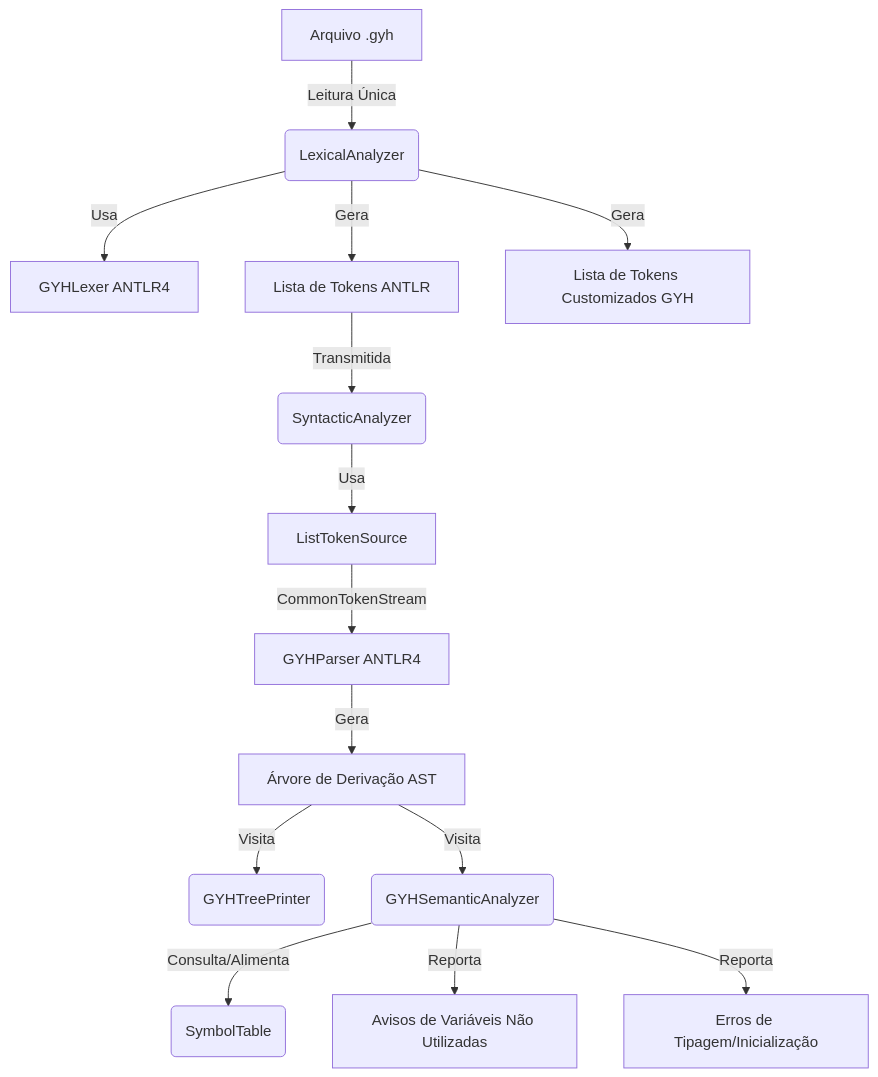
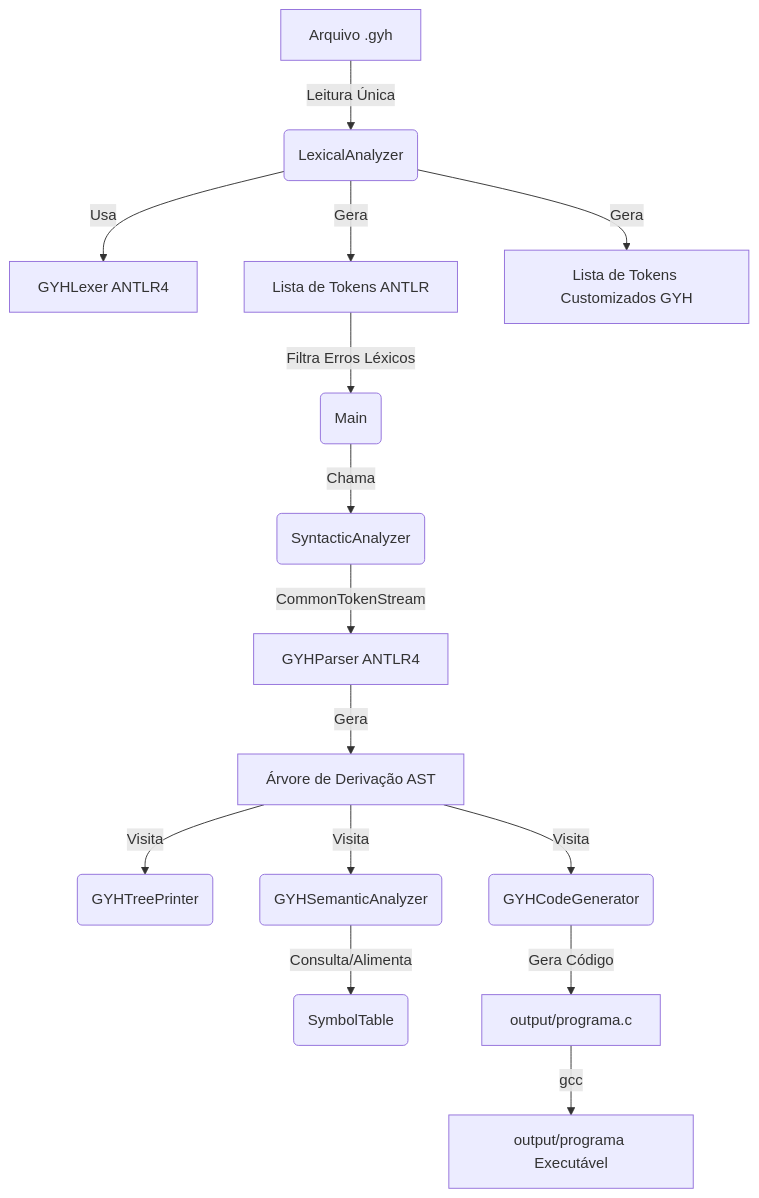
The first of 2 diagrams in README.md (GuiRBeira/compilador-gyh), drawn with Mermaid before and after one commit. The commit also changed other lines of this file and 2 other files, not shown here.

Commit message:
feat: implement C code generator and add CLI installation script

````diff
--- a/README.md
+++ b/README.md
@@ -31,16 +30,17 @@
 ```mermaid
 graph TD
     A[Arquivo .gyh] -->|Leitura Única| B(LexicalAnalyzer)
     B -->|Usa| C[GYHLexer ANTLR4]
     B -->|Gera| D[Lista de Tokens ANTLR]
     B -->|Gera| E[Lista de Tokens Customizados GYH]
-    D -->|Transmitida| F(SyntacticAnalyzer)
-    F -->|Usa| G[ListTokenSource]
+    D -->|Filtra Erros Léxicos| F(Main)
+    F -->|Chama| G(SyntacticAnalyzer)
     G -->|CommonTokenStream| H[GYHParser ANTLR4]
     H -->|Gera| I[Árvore de Derivação AST]
     I -->|Visita| J(GYHTreePrinter)
     I -->|Visita| K(GYHSemanticAnalyzer)
     K -->|Consulta/Alimenta| L(SymbolTable)
-    K -->|Reporta| M[Avisos de Variáveis Não Utilizadas]
-    K -->|Reporta| N[Erros de Tipagem/Inicialização]
+    I -->|Visita| M(GYHCodeGenerator)
+    M -->|Gera Código| N[output/programa.c]
+    N -->|gcc| O[output/programa Executável]
 ```
````
